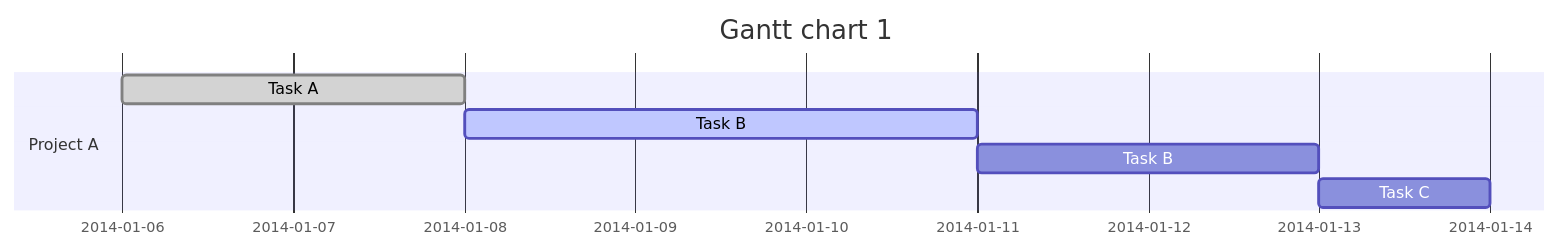
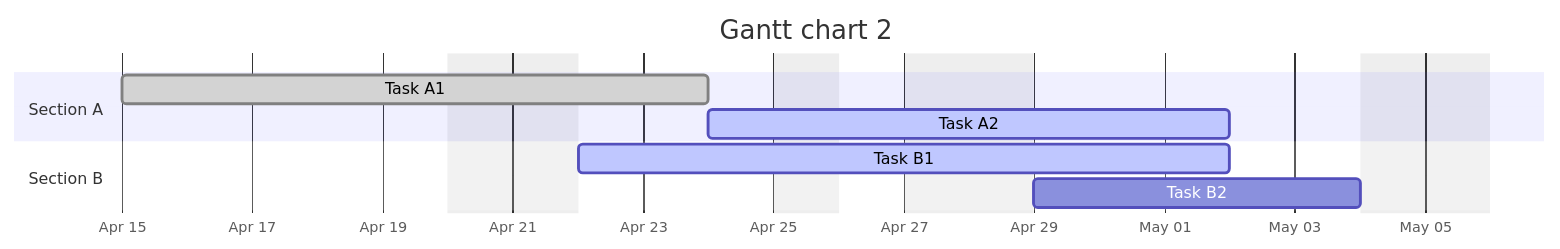
One commit to zluvsand/mermaid changed the sixth of 6 diagrams in README.md. Above: the diagram before and after it, drawn with Mermaid. The commit also changed other lines of this file, not shown here.

Commit message:
Update gantt charts

````diff
--- a/README.md
+++ b/README.md
@@ -59,10 +61,13 @@
 ```mermaid
-gantt
-    title Gantt chart 1
+gantt 
+    title Gantt chart 2
     dateFormat YYYY-MM-DD
-    section Project A
-    Task A: done, task1, 2014-01-06,2014-01-08
-    Task B:active,  task2, after task1, 3d
-    Task B: task3, after task2, 2d
-    Task C: task4, after task3, 1d
+    axisFormat %b %d
+    excludes weekends 2024-04-25
+    section Section A
+        Task A1: done, a1, 2024-04-15, 7d
+        Task A2: active, after a1, 5d
+    section Section B
+        Task B1: active, 2024-04-22, 2024-05-02
+        Task B2: 2024-04-29, 5d
 ```
````
